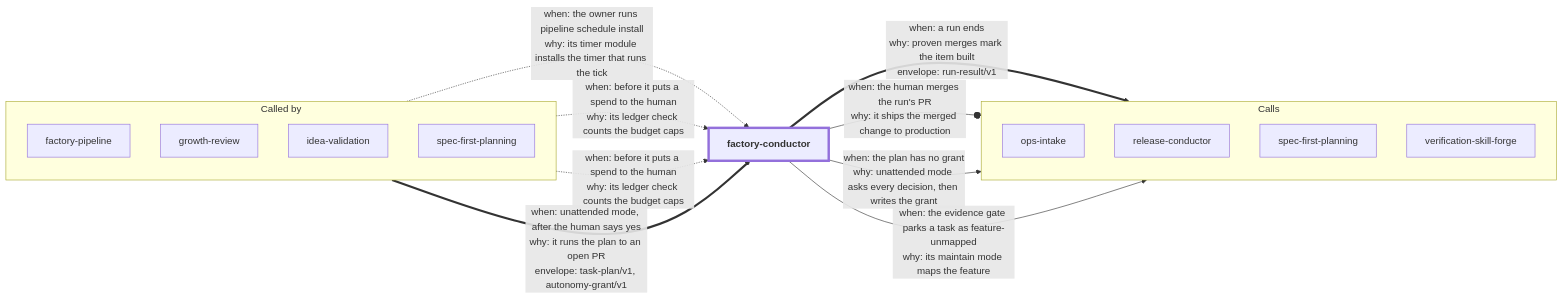
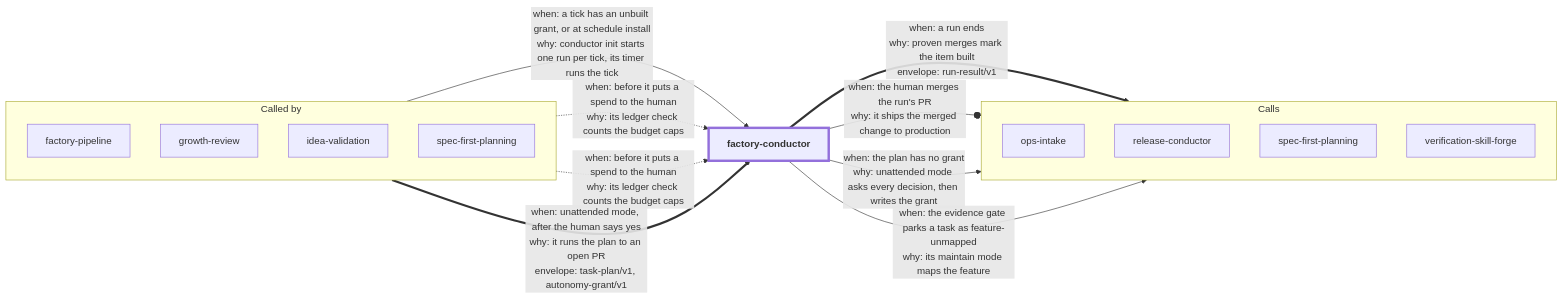
Before and after one commit to dhanesh/agent-skills: the diagram in factory-conductor/README.md, drawn with Mermaid. The commit also changed other lines of this file and 14 other files, not shown here.

````diff
--- a/factory-conductor/README.md
+++ b/factory-conductor/README.md
@@ -21,28 +21,28 @@
 ```mermaid
 flowchart LR
   subgraph callers["Called by"]
     direction TB
     in_factory_pipeline["factory-pipeline"]
     in_growth_review["growth-review"]
     in_idea_validation["idea-validation"]
     in_spec_first_planning["spec-first-planning"]
   end
   self_factory_conductor["factory-conductor"]
   subgraph callees["Calls"]
     direction TB
     out_ops_intake["ops-intake"]
     out_release_conductor["release-conductor"]
     out_spec_first_planning["spec-first-planning"]
     out_verification_skill_forge["verification-skill-forge"]
   end
-  in_factory_pipeline -.->|"when: the owner runs pipeline schedule install<br/>why: its timer module installs the timer that runs the tick"| self_factory_conductor
+  in_factory_pipeline -->|"when: a tick has an unbuilt grant, or at schedule install<br/>why: conductor init starts one run per tick, its timer runs the tick"| self_factory_conductor
   in_growth_review -.->|"when: before it puts a spend to the human<br/>why: its ledger check counts the budget caps"| self_factory_conductor
   in_idea_validation -.->|"when: before it puts a spend to the human<br/>why: its ledger check counts the budget caps"| self_factory_conductor
   in_spec_first_planning ==>|"when: unattended mode, after the human says yes<br/>why: it runs the plan to an open PR<br/>envelope: task-plan/v1, autonomy-grant/v1"| self_factory_conductor
   self_factory_conductor ==>|"when: a run ends<br/>why: proven merges mark the item built<br/>envelope: run-result/v1"| out_ops_intake
   self_factory_conductor --o|"when: the human merges the run's PR<br/>why: it ships the merged change to production"| out_release_conductor
   self_factory_conductor -->|"when: the plan has no grant<br/>why: unattended mode asks every decision, then writes the grant"| out_spec_first_planning
   self_factory_conductor -->|"when: the evidence gate parks a task as feature-unmapped<br/>why: its maintain mode maps the feature"| out_verification_skill_forge
   classDef self stroke-width:4px,font-weight:bold
   class self_factory_conductor self
 ```
````
